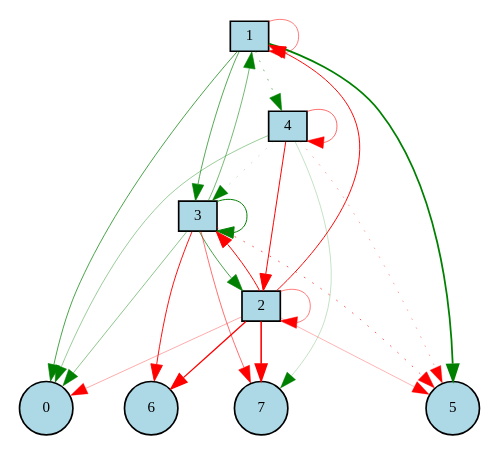
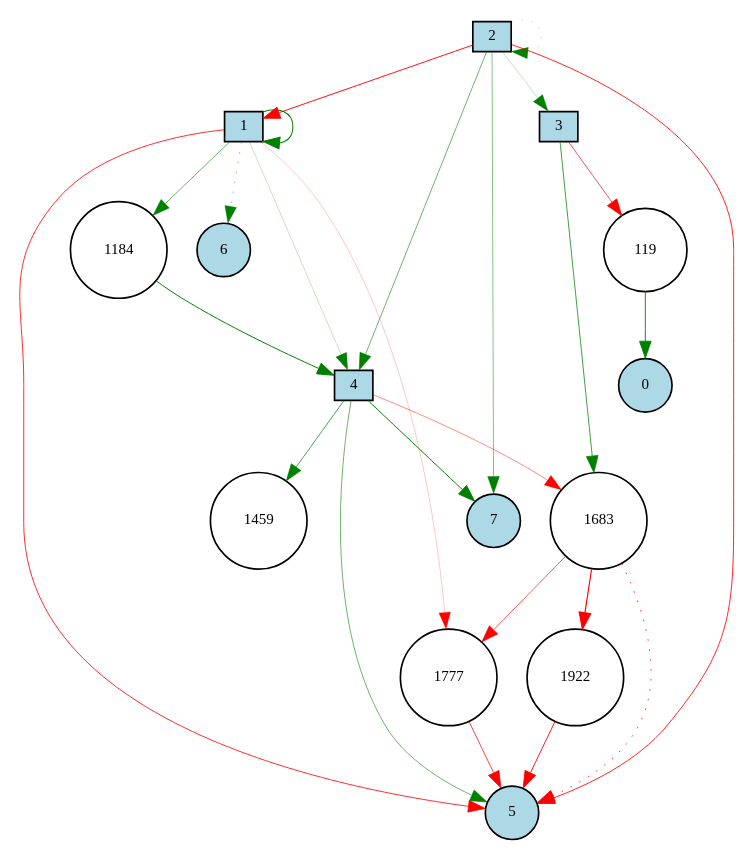
The diagram in out/Digraph.gv (katomasahiro10/cyclic_task), drawn with Graphviz before and after one commit. The commit also changed 204 other files, not shown here.

```diff
--- a/out/Digraph.gv
+++ b/out/Digraph.gv
@@ -1,40 +1,46 @@
 digraph {
 	node [fontsize=9 height=0.2 shape=circle width=0.2]
 	1 [fillcolor=lightgray shape=box style=filled]
 	2 [fillcolor=lightgray shape=box style=filled]
 	3 [fillcolor=lightgray shape=box style=filled]
 	4 [fillcolor=lightgray shape=box style=filled]
 	0 [fillcolor=lightblue style=filled]
 	1 [fillcolor=lightblue style=filled]
 	2 [fillcolor=lightblue style=filled]
 	3 [fillcolor=lightblue style=filled]
 	4 [fillcolor=lightblue style=filled]
 	5 [fillcolor=lightblue style=filled]
 	6 [fillcolor=lightblue style=filled]
 	7 [fillcolor=lightblue style=filled]
-	3 -> 6 [color=red penwidth=0.5631443540487053 style=solid]
-	4 -> 5 [color=red penwidth=0.2074091384862663 style=dotted]
-	2 -> 0 [color=red penwidth=0.20397366537213402 style=solid]
-	2 -> 2 [color=red penwidth=0.3075522912868974 style=solid]
-	1 -> 1 [color=red penwidth=0.3101937081168804 style=solid]
-	3 -> 1 [color=green penwidth=0.32794554496177686 style=solid]
-	3 -> 7 [color=red penwidth=0.3406032565038417 style=solid]
-	4 -> 3 [color=green penwidth=0.14028916146301457 style=dotted]
-	1 -> 5 [color=green penwidth=1.0608358303355319 style=solid]
-	3 -> 3 [color=green penwidth=0.5860168611552921 style=solid]
-	2 -> 7 [color=red penwidth=0.9482932332235929 style=solid]
-	3 -> 5 [color=red penwidth=0.38536655975415524 style=dotted]
-	1 -> 0 [color=green penwidth=0.43088893149990426 style=solid]
-	2 -> 1 [color=red penwidth=0.5799765986737356 style=solid]
-	4 -> 4 [color=red penwidth=0.3519124952570788 style=solid]
-	2 -> 5 [color=red penwidth=0.1798928134613681 style=solid]
-	4 -> 2 [color=red penwidth=0.6030369977141743 style=solid]
-	1 -> 3 [color=green penwidth=0.4013018343268727 style=solid]
-	4 -> 0 [color=green penwidth=0.2359070234215639 style=solid]
-	3 -> 0 [color=green penwidth=0.27094640620996 style=solid]
-	2 -> 3 [color=red penwidth=0.5871186208997285 style=solid]
-	3 -> 2 [color=green penwidth=0.4286954644308597 style=solid]
-	1 -> 4 [color=green penwidth=0.31895320818611583 style=dotted]
-	4 -> 7 [color=green penwidth=0.13789378338749608 style=solid]
-	2 -> 6 [color=red penwidth=0.7738034085327588 style=solid]
+	1184 [fillcolor=white style=filled]
+	1922 [fillcolor=white style=filled]
+	1777 [fillcolor=white style=filled]
+	1459 [fillcolor=white style=filled]
+	1683 [fillcolor=white style=filled]
+	119 [fillcolor=white style=filled]
+	4 -> 5 [color=green penwidth=0.34935623412378425 style=solid]
+	1 -> 5 [color=red penwidth=0.4862063520735579 style=solid]
+	2 -> 2 [color=green penwidth=0.1416022556188013 style=dotted]
+	1 -> 1 [color=green penwidth=0.6214771573374239 style=solid]
+	1683 -> 1922 [color=red penwidth=0.6886931318209496 style=solid]
+	3 -> 119 [color=red penwidth=0.40808897755616924 style=solid]
+	119 -> 0 [color=green penwidth=0.5423022573244047 style=solid]
+	2 -> 5 [color=red penwidth=0.5060277633304529 style=solid]
+	1184 -> 4 [color=green penwidth=0.5907740454079704 style=solid]
+	1922 -> 5 [color=red penwidth=0.5423852472103989 style=solid]
+	2 -> 7 [color=green penwidth=0.2862394920168255 style=solid]
+	4 -> 1459 [color=green penwidth=0.4193580033260642 style=solid]
+	1777 -> 5 [color=red penwidth=0.44385584901209396 style=solid]
+	2 -> 1 [color=red penwidth=0.5587758131411052 style=solid]
+	1 -> 1184 [color=green penwidth=0.35956422081288564 style=solid]
+	3 -> 1683 [color=green penwidth=0.4504385287938222 style=solid]
+	2 -> 3 [color=green penwidth=0.14923558705319548 style=solid]
+	1683 -> 1777 [color=red penwidth=0.3878084796968059 style=solid]
+	1683 -> 5 [color=red penwidth=0.4641588635589454 style=dotted]
+	1 -> 1777 [color=red penwidth=0.1413086466985846 style=solid]
+	2 -> 4 [color=green penwidth=0.3538725900072508 style=solid]
+	1 -> 4 [color=green penwidth=0.14061552976668823 style=solid]
+	4 -> 7 [color=green penwidth=0.5792299738157 style=solid]
+	4 -> 1683 [color=red penwidth=0.2796310408334993 style=solid]
+	1 -> 6 [color=green penwidth=0.26356934598971105 style=dotted]
 }
```
